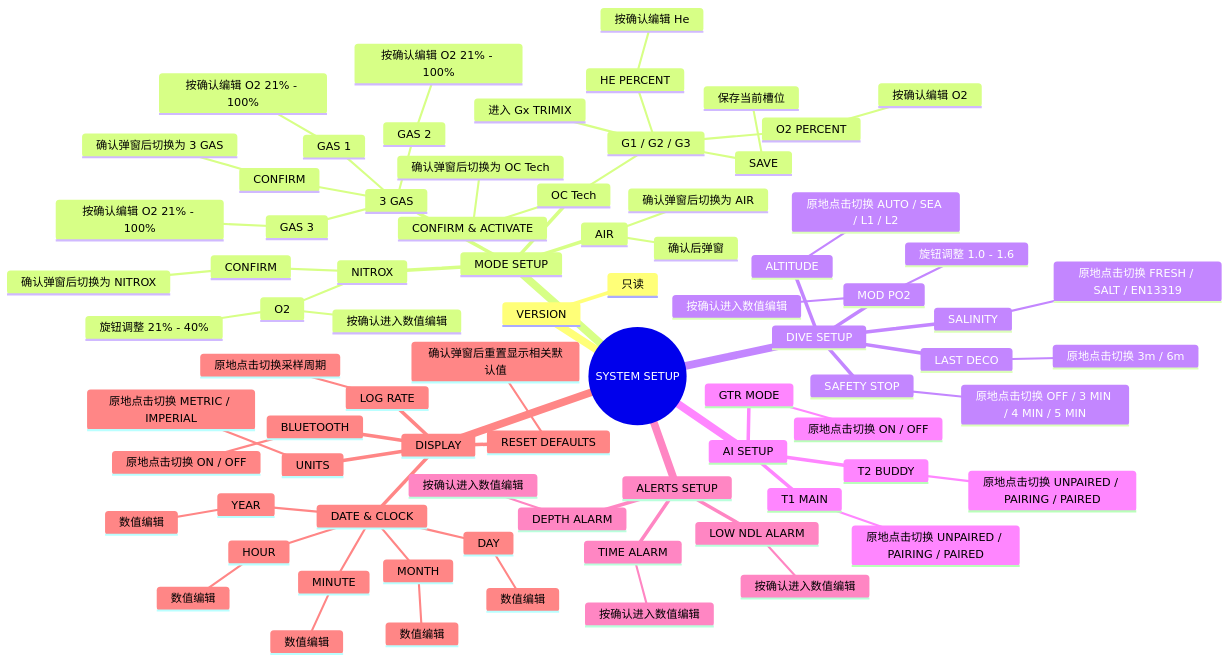
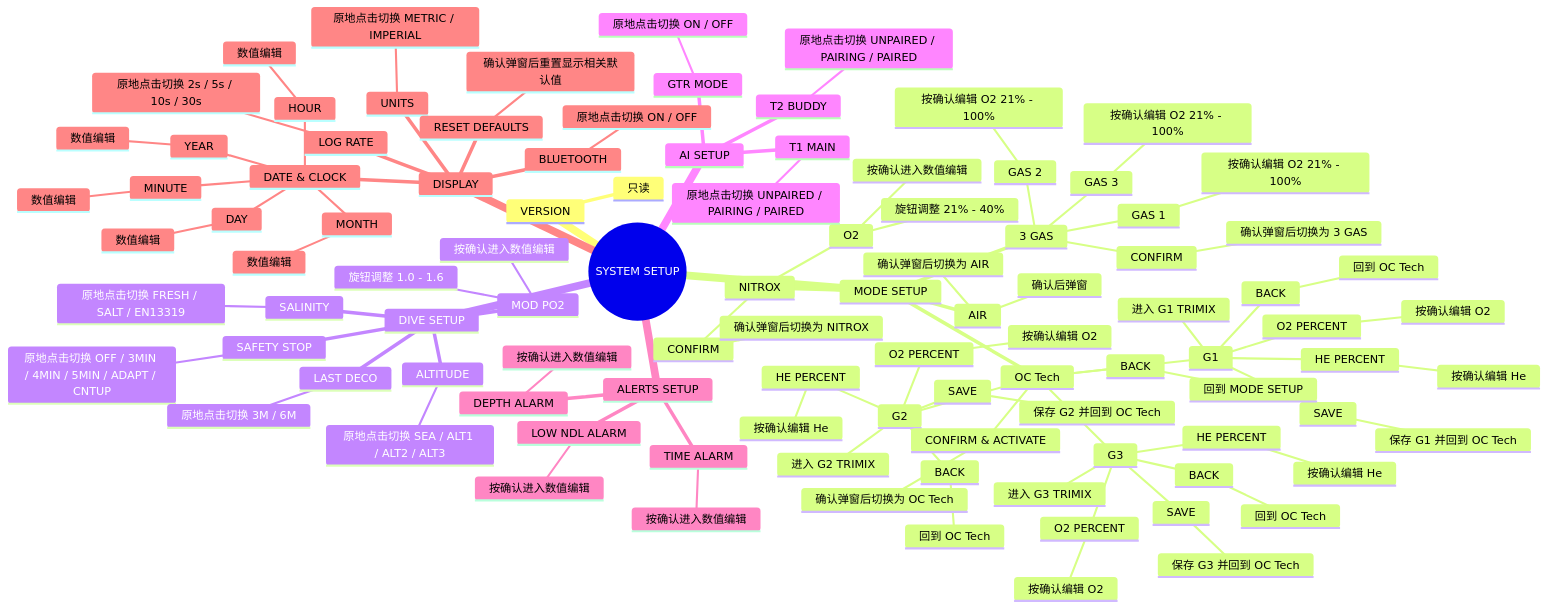
The fifth of 7 diagrams in UI_html_DOC/UI_STATE_LOGIC.md (arexvision/lv_port_win_codeblocks-release-v8.3_hasGroup), drawn with Mermaid before and after one commit. The commit also changed other lines of this file, not shown here.

Commit message:
校准UI交互文档细节

```diff
--- a/UI_html_DOC/UI_STATE_LOGIC.md
+++ b/UI_html_DOC/UI_STATE_LOGIC.md
@@ -212,16 +217,40 @@
         CONFIRM
           确认弹窗后切换为 3 GAS
       OC Tech
-        G1 / G2 / G3
-          进入 Gx TRIMIX
+        G1
+          进入 G1 TRIMIX
           O2 PERCENT
             按确认编辑 O2
           HE PERCENT
             按确认编辑 He
           SAVE
-            保存当前槽位
+            保存 G1 并回到 OC Tech
+          BACK
+            回到 OC Tech
+        G2
+          进入 G2 TRIMIX
+          O2 PERCENT
+            按确认编辑 O2
+          HE PERCENT
+            按确认编辑 He
+          SAVE
+            保存 G2 并回到 OC Tech
+          BACK
+            回到 OC Tech
+        G3
+          进入 G3 TRIMIX
+          O2 PERCENT
+            按确认编辑 O2
+          HE PERCENT
+            按确认编辑 He
+          SAVE
+            保存 G3 并回到 OC Tech
+          BACK
+            回到 OC Tech
         CONFIRM & ACTIVATE
           确认弹窗后切换为 OC Tech
+        BACK
+          回到 MODE SETUP
     DIVE SETUP
       SALINITY
         原地点击切换 FRESH / SALT / EN13319
@@ -229,11 +258,11 @@
         按确认进入数值编辑
         旋钮调整 1.0 - 1.6
       SAFETY STOP
-        原地点击切换 OFF / 3 MIN / 4 MIN / 5 MIN
+        原地点击切换 OFF / 3MIN / 4MIN / 5MIN / ADAPT / CNTUP
       LAST DECO
-        原地点击切换 3m / 6m
+        原地点击切换 3M / 6M
       ALTITUDE
-        原地点击切换 AUTO / SEA / L1 / L2
+        原地点击切换 SEA / ALT1 / ALT2 / ALT3
     AI SETUP
       T1 MAIN
         原地点击切换 UNPAIRED / PAIRING / PAIRED
@@ -263,7 +292,7 @@
         MINUTE
           数值编辑
       LOG RATE
-        原地点击切换采样周期
+        原地点击切换 2s / 5s / 10s / 30s
       BLUETOOTH
         原地点击切换 ON / OFF
       RESET DEFAULTS
```
